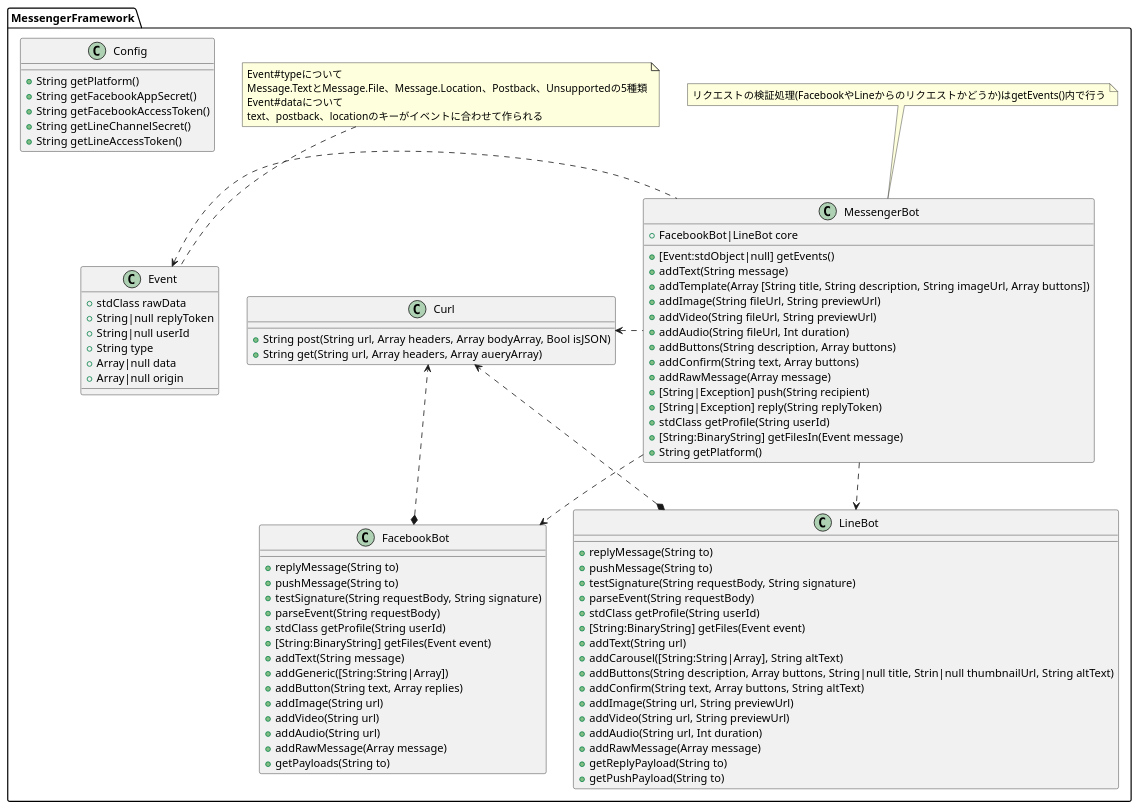
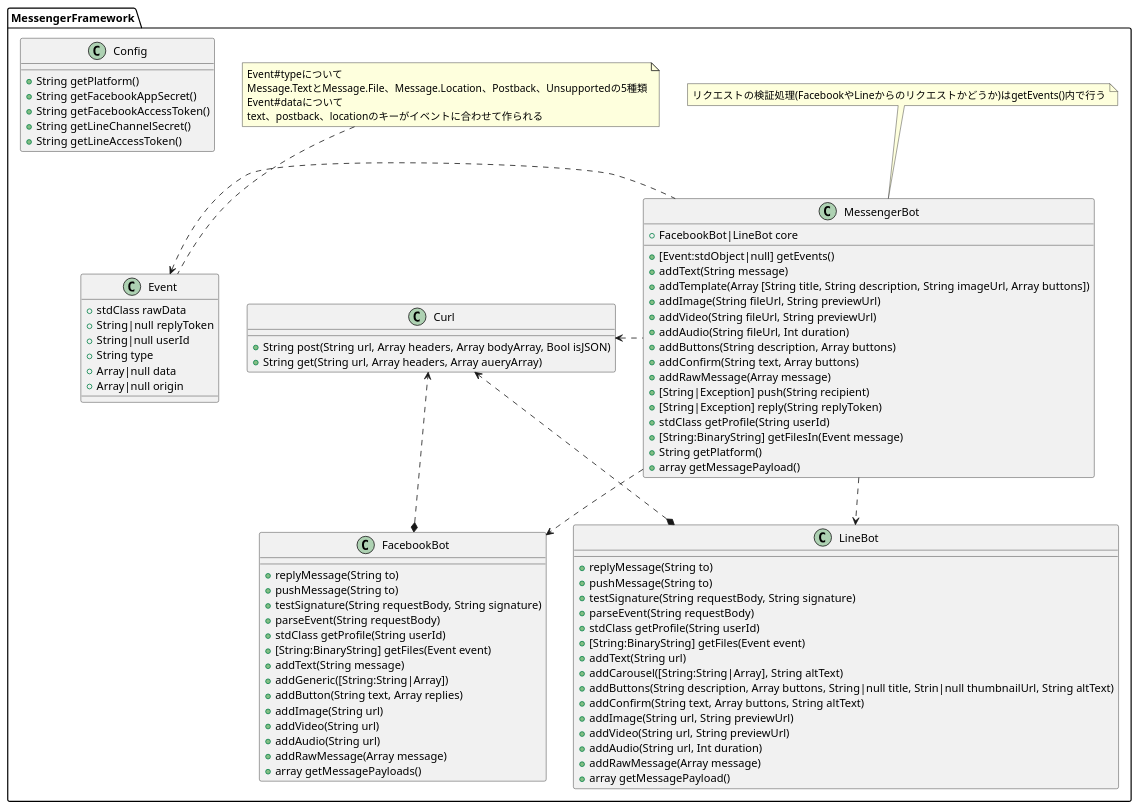
Before and after one commit to genies-inc/messenger-framework: the diagram in docs/class-spec.puml, drawn with PlantUML. The commit also changed 5 other files, not shown here.

```diff
--- a/docs/class-spec.puml
+++ b/docs/class-spec.puml
@@ -1,105 +1,105 @@
 @startuml
 
 namespace MessengerFramework {
 
   class Event {
     + stdClass rawData
     + String|null replyToken
     + String|null userId
     + String type
     + Array|null data
     + Array|null origin
   }
 
   note top of Event
     Event#typeについて
     Message.TextとMessage.File、Message.Location、Postback、Unsupportedの5種類
     Event#dataについて
     text、postback、locationのキーがイベントに合わせて作られる
   end note
 
   class MessengerBot {
     + FacebookBot|LineBot core
     + [Event:stdObject|null] getEvents()
     + addText(String message)
     + addTemplate(Array [String title, String description, String imageUrl, Array buttons])
     + addImage(String fileUrl, String previewUrl)
     + addVideo(String fileUrl, String previewUrl)
     + addAudio(String fileUrl, Int duration)
     + addButtons(String description, Array buttons)
     + addConfirm(String text, Array buttons)
     + addRawMessage(Array message)
     + [String|Exception] push(String recipient)
     + [String|Exception] reply(String replyToken)
     + stdClass getProfile(String userId)
     + [String:BinaryString] getFilesIn(Event message)
     + String getPlatform()
+    + array getMessagePayload()
   }
 
   note top of MessengerBot
     リクエストの検証処理(FacebookやLineからのリクエストかどうか)はgetEvents()内で行う
   end note
 
   class FacebookBot {
     + replyMessage(String to)
     + pushMessage(String to)
     + testSignature(String requestBody, String signature)
     + parseEvent(String requestBody)
     + stdClass getProfile(String userId)
     + [String:BinaryString] getFiles(Event event)
     + addText(String message)
     + addGeneric([String:String|Array])
     + addButton(String text, Array replies)
     + addImage(String url)
     + addVideo(String url)
     + addAudio(String url)
     + addRawMessage(Array message)
-    + getPayloads(String to)
+    + array getMessagePayloads()
   }
 
   class LineBot {
     + replyMessage(String to)
     + pushMessage(String to)
     + testSignature(String requestBody, String signature)
     + parseEvent(String requestBody)
     + stdClass getProfile(String userId)
     + [String:BinaryString] getFiles(Event event)
     + addText(String url)
     + addCarousel([String:String|Array], String altText)
     + addButtons(String description, Array buttons, String|null title, Strin|null thumbnailUrl, String altText)
     + addConfirm(String text, Array buttons, String altText)
     + addImage(String url, String previewUrl)
     + addVideo(String url, String previewUrl)
     + addAudio(String url, Int duration)
     + addRawMessage(Array message)
-    + getReplyPayload(String to)
-    + getPushPayload(String to)
+    + array getMessagePayload()
   }
 
   class Curl {
     + String post(String url, Array headers, Array bodyArray, Bool isJSON)
     + String get(String url, Array headers, Array aueryArray)
   }
 
   class Config {
     + String getPlatform()
     + String getFacebookAppSecret()
     + String getFacebookAccessToken()
     + String getLineChannelSecret()
     + String getLineAccessToken()
   }
 
 }
 
 ' MessengerFramework内の関連
 
 MessengerFramework.MessengerBot .d.> MessengerFramework.FacebookBot
 MessengerFramework.MessengerBot .d.> MessengerFramework.LineBot
 MessengerFramework.MessengerBot .l.> MessengerFramework.Curl
 MessengerFramework.MessengerBot .l.> MessengerFramework.Event
 
 MessengerFramework.FacebookBot *..> MessengerFramework.Curl
 
 MessengerFramework.LineBot *..> MessengerFramework.Curl
 
 @enduml
```
